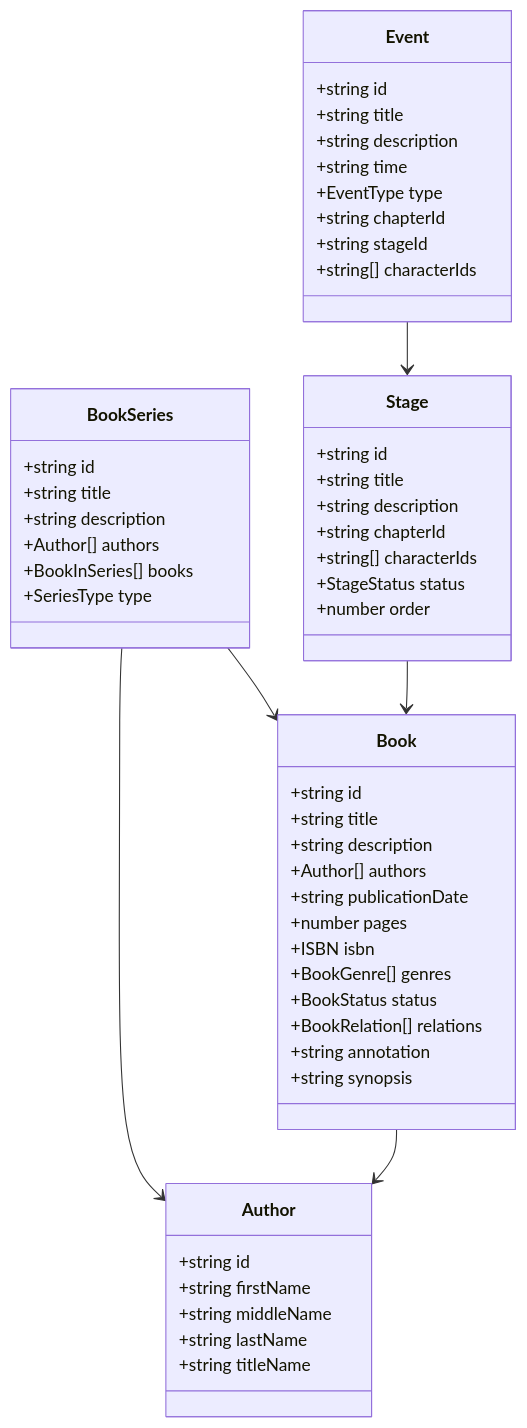
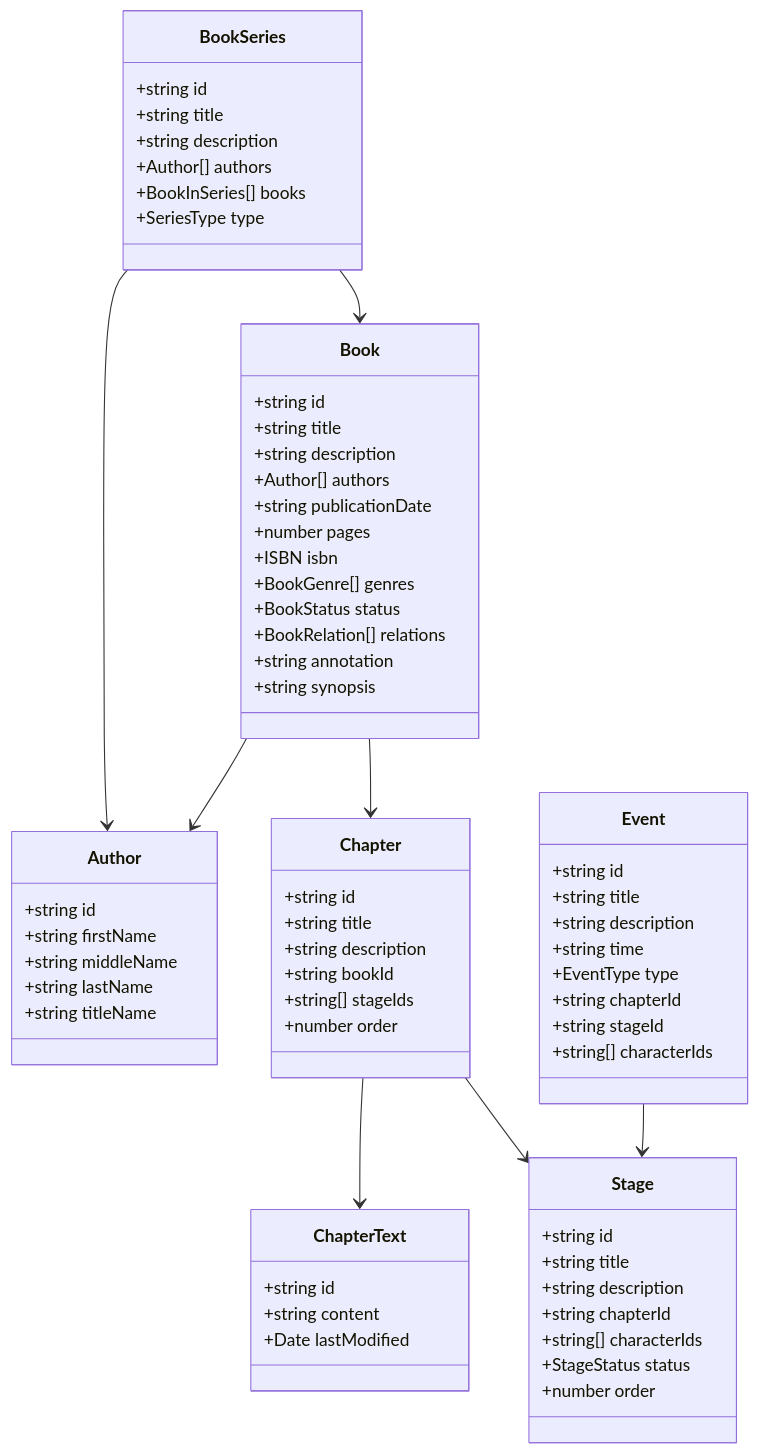
One commit to ikloster03/snowflake-desktop changed the third of 3 diagrams in docs/structure.md. Above: the diagram before and after it, drawn with Mermaid. The commit also changed other lines of this file, not shown here.

Commit message:
feat: introduce Chapter and ChapterText classes, and update project directory structure for improved organization of book content

````diff
--- a/docs/structure.md
+++ b/docs/structure.md
@@ -61,56 +61,71 @@
 ```mermaid
 classDiagram
     class Book {
       +string id
       +string title
       +string description
       +Author[] authors
       +string publicationDate
       +number pages
       +ISBN isbn
       +BookGenre[] genres
       +BookStatus status
       +BookRelation[] relations
       +string annotation
       +string synopsis
     }
     class Author {
       +string id
       +string firstName
       +string middleName
       +string lastName
       +string titleName
     }
     class BookSeries {
       +string id
       +string title
       +string description
       +Author[] authors
       +BookInSeries[] books
       +SeriesType type
     }
+    class Chapter {
+      +string id
+      +string title
+      +string description
+      +string bookId
+      +string[] stageIds
+      +number order
+    }
+    class ChapterText {
+      +string id
+      +string content
+      +Date lastModified
+    }
     class Stage {
       +string id
       +string title
       +string description
       +string chapterId
       +string[] characterIds
       +StageStatus status
       +number order
     }
     class Event {
       +string id
       +string title
       +string description
       +string time
       +EventType type
       +string chapterId
       +string stageId
       +string[] characterIds
     }
     Book --> Author
     BookSeries --> Author
     BookSeries --> Book
-    Stage --> Book
+    Book --> Chapter
+    Chapter --> ChapterText
+    Chapter --> Stage
     Event --> Stage
 ```
````
